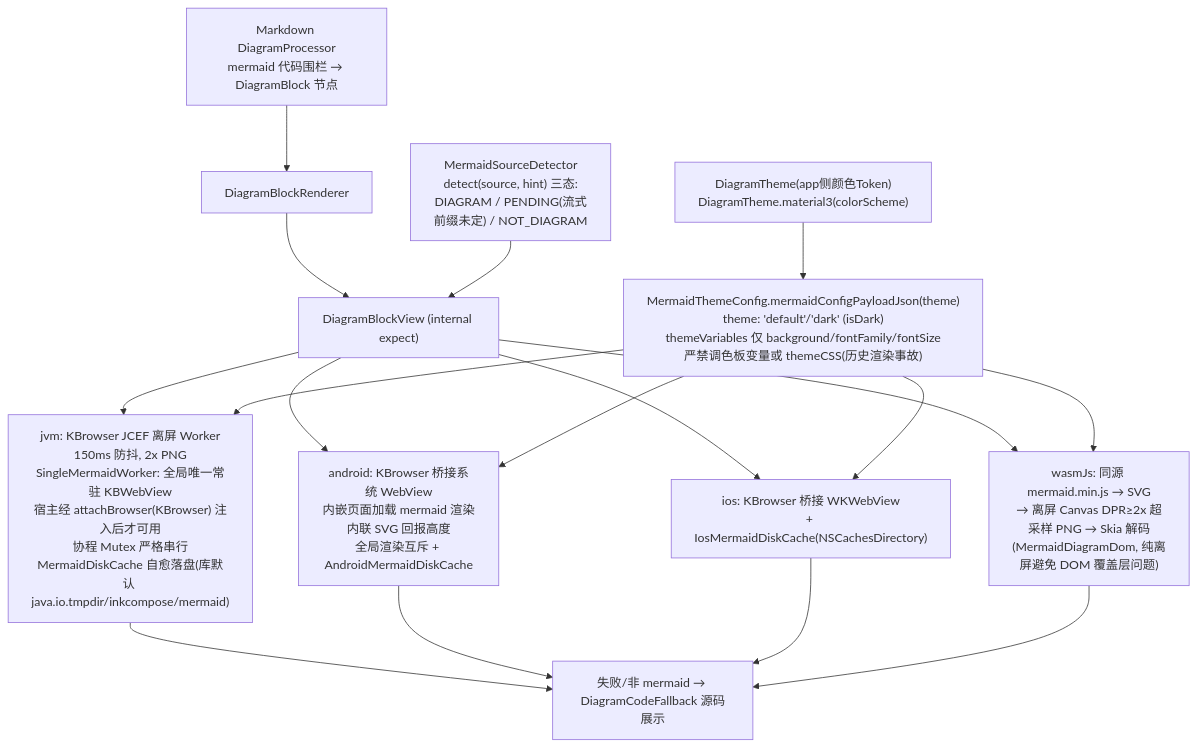
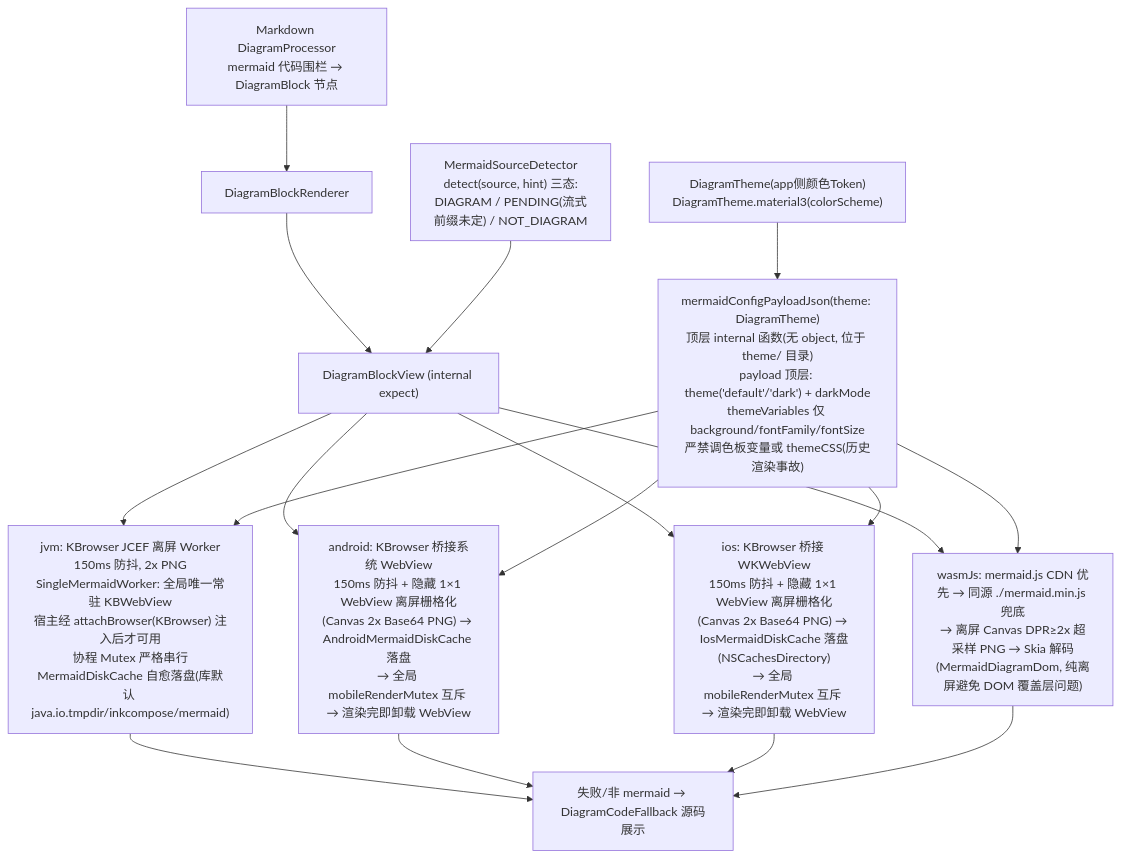
The third of 3 diagrams in docs/architecture/03-inkcompose.md (lzdev42/mederi), drawn with Mermaid before and after one commit. The commit also changed other lines of this file and 75 other files, not shown here.

````diff
--- a/docs/architecture/03-inkcompose.md
+++ b/docs/architecture/03-inkcompose.md
@@ -152,12 +153,12 @@
 ```mermaid
 flowchart TD
     MD["Markdown DiagramProcessor<br/>mermaid 代码围栏 → DiagramBlock 节点"] --> R["DiagramBlockRenderer"] --> V["DiagramBlockView (internal expect)"]
     DET["MermaidSourceDetector<br/>detect(source, hint) 三态:<br/>DIAGRAM / PENDING(流式前缀未定) / NOT_DIAGRAM"] --> V
     V --> J["jvm: KBrowser JCEF 离屏 Worker<br/>150ms 防抖, 2x PNG<br/>SingleMermaidWorker: 全局唯一常驻 KBWebView<br/>宿主经 attachBrowser(KBrowser) 注入后才可用<br/>协程 Mutex 严格串行<br/>MermaidDiskCache 自愈落盘(库默认 java.io.tmpdir/inkcompose/mermaid)"]
-    V --> A["android: KBrowser 桥接系统 WebView<br/>内嵌页面加载 mermaid 渲染内联 SVG 回报高度<br/>全局渲染互斥 + AndroidMermaidDiskCache"]
-    V --> I["ios: KBrowser 桥接 WKWebView<br/>+ IosMermaidDiskCache(NSCachesDirectory)"]
-    V --> W["wasmJs: 同源 mermaid.min.js → SVG<br/>→ 离屏 Canvas DPR≥2x 超采样 PNG → Skia 解码<br/>(MermaidDiagramDom, 纯离屏避免 DOM 覆盖层问题)"]
+    V --> A["android: KBrowser 桥接系统 WebView<br/>150ms 防抖 + 隐藏 1×1 WebView 离屏栅格化<br/>(Canvas 2x Base64 PNG) → AndroidMermaidDiskCache 落盘<br/>→ 全局 mobileRenderMutex 互斥 → 渲染完即卸载 WebView"]
+    V --> I["ios: KBrowser 桥接 WKWebView<br/>150ms 防抖 + 隐藏 1×1 WebView 离屏栅格化<br/>(Canvas 2x Base64 PNG) → IosMermaidDiskCache 落盘(NSCachesDirectory)<br/>→ 全局 mobileRenderMutex 互斥 → 渲染完即卸载 WebView"]
+    V --> W["wasmJs: mermaid.js CDN 优先 → 同源 ./mermaid.min.js 兜底<br/>→ 离屏 Canvas DPR≥2x 超采样 PNG → Skia 解码<br/>(MermaidDiagramDom, 纯离屏避免 DOM 覆盖层问题)"]
     J & A & I & W --> FB["失败/非 mermaid → DiagramCodeFallback 源码展示"]
-    TH["MermaidThemeConfig.mermaidConfigPayloadJson(theme)<br/>theme: 'default'/'dark' (isDark)<br/>themeVariables 仅 background/fontFamily/fontSize<br/>严禁调色板变量或 themeCSS(历史渲染事故)"] --> J & A & I & W
+    TH["mermaidConfigPayloadJson(theme: DiagramTheme)<br/>顶层 internal 函数(无 object, 位于 theme/ 目录)<br/>payload 顶层: theme('default'/'dark') + darkMode<br/>themeVariables 仅 background/fontFamily/fontSize<br/>严禁调色板变量或 themeCSS(历史渲染事故)"] --> J & A & I & W
     DTM["DiagramTheme(app侧颜色Token)<br/>DiagramTheme.material3(colorScheme)"] --> TH
 ```
````
